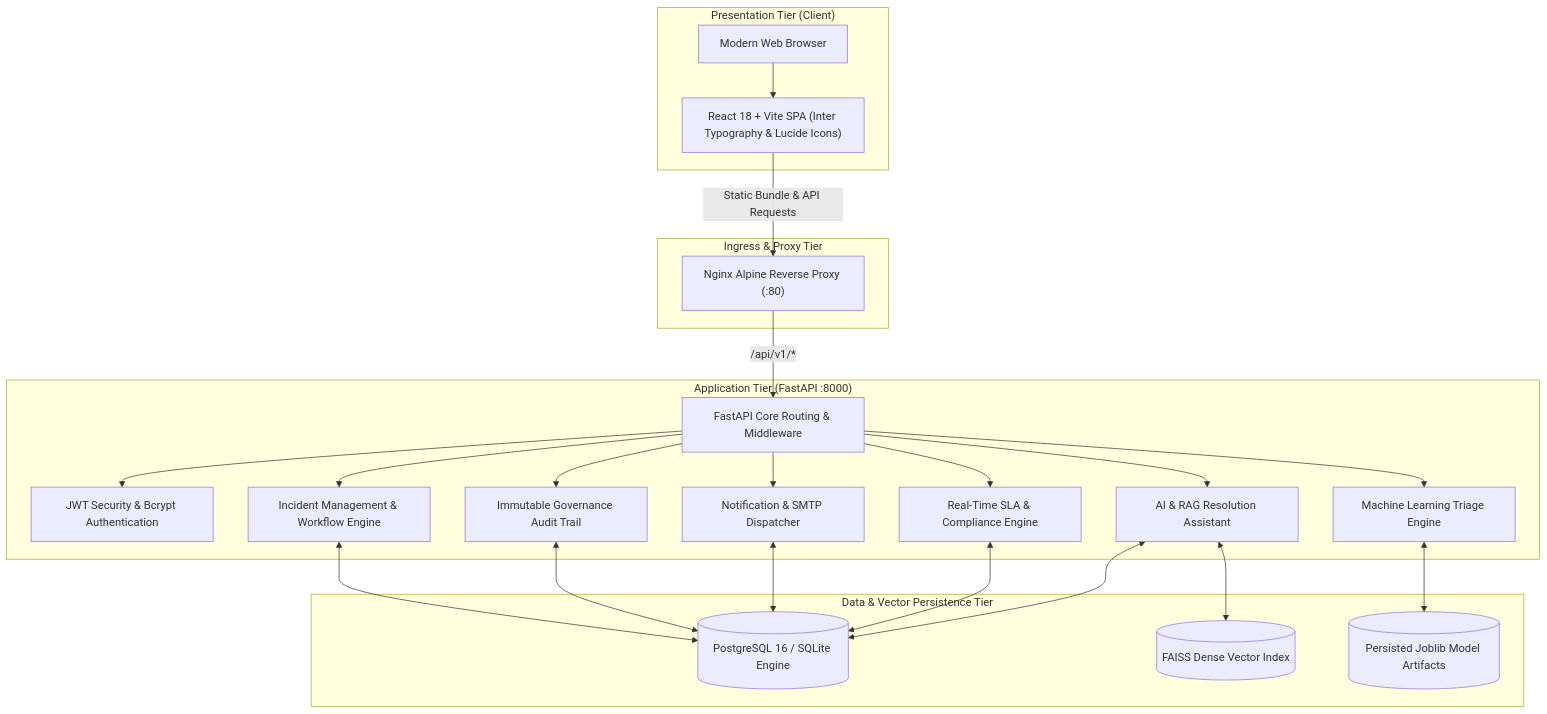
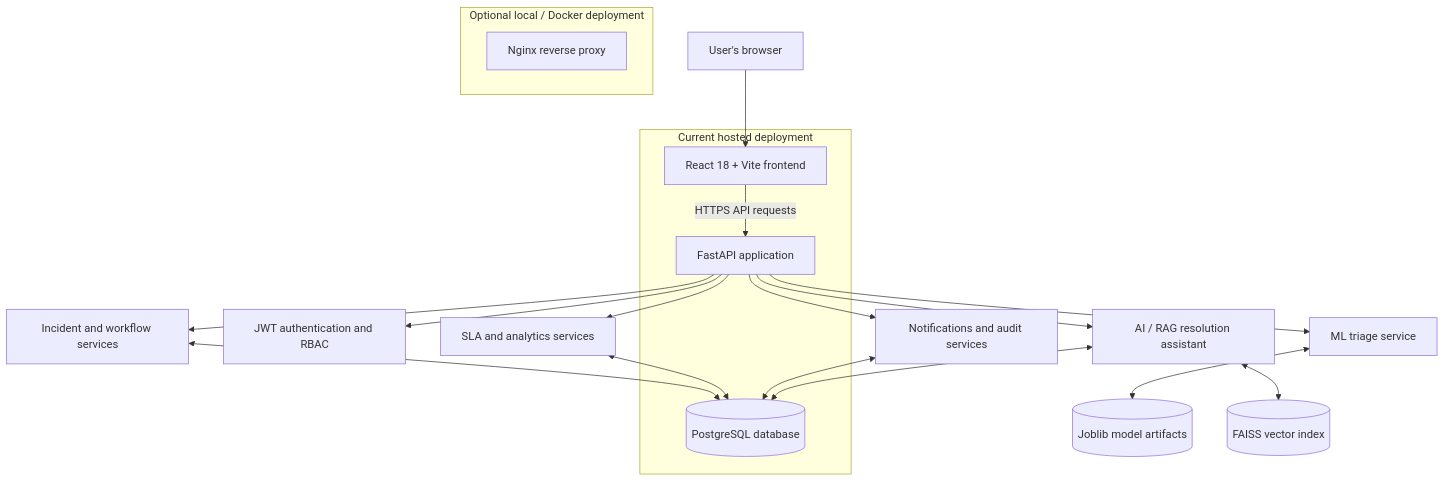
One commit to nileshkjha1/NEXUS-AI changed the second of 3 diagrams in README.md. Above: the diagram before and after it, drawn with Mermaid. The commit also changed other lines of this file, not shown here.

````diff
--- a/README.md
+++ b/README.md
@@ -56,48 +136,25 @@
 ```mermaid
-flowchart TD
-    subgraph PresentationTier["Presentation Tier (Client)"]
-        Browser["Modern Web Browser"]
-        SPA["React 18 + Vite SPA (Inter Typography & Lucide Icons)"]
-        Browser --> SPA
+flowchart TB
+    U["User's browser"] --> V["React 18 + Vite frontend"]
+    V -->|HTTPS API requests| F["FastAPI application"]
+    F --> AUTH["JWT authentication and RBAC"]
+    F --> INC["Incident and workflow services"]
+    F --> ML["ML triage service"]
+    F --> RAG["AI / RAG resolution assistant"]
+    F --> SLA["SLA and analytics services"]
+    F --> AUD["Notifications and audit services"]
+    INC <--> DB[("PostgreSQL database")]
+    SLA <--> DB
+    AUD <--> DB
+    ML <--> MODEL[("Joblib model artifacts")]
+    RAG <--> FAISS[("FAISS vector index")]
+    RAG <--> DB
+    subgraph Cloud["Current hosted deployment"]
+      V
+      F
+      DB
     end
-
-    subgraph IngressTier["Ingress & Proxy Tier"]
-        Nginx["Nginx Alpine Reverse Proxy (:80)"]
-        SPA -->|Static Bundle & API Requests| Nginx
+    subgraph Local["Optional local / Docker deployment"]
+      N["Nginx reverse proxy"]
     end
-
-    subgraph AppTier["Application Tier (FastAPI :8000)"]
-        Router["FastAPI Core Routing & Middleware"]
-        AuthModule["JWT Security & Bcrypt Authentication"]
-        TicketModule["Incident Management & Workflow Engine"]
-        MLModule["Machine Learning Triage Engine"]
-        RAGModule["AI & RAG Resolution Assistant"]
-        SLAModule["Real-Time SLA & Compliance Engine"]
-        NotifModule["Notification & SMTP Dispatcher"]
-        AuditModule["Immutable Governance Audit Trail"]
-
-        Router --> AuthModule
-        Router --> TicketModule
-        Router --> MLModule
-        Router --> RAGModule
-        Router --> SLAModule
-        Router --> NotifModule
-        Router --> AuditModule
-    end
-
-    Nginx -->|/api/v1/*| Router
-
-    subgraph DataTier["Data & Vector Persistence Tier"]
-        DB[("PostgreSQL 16 / SQLite Engine")]
-        VectorDB[("FAISS Dense Vector Index")]
-        MLModels[("Persisted Joblib Model Artifacts")]
-    end
-
-    TicketModule <--> DB
-    AuditModule <--> DB
-    NotifModule <--> DB
-    SLAModule <--> DB
-    MLModule <--> MLModels
-    RAGModule <--> VectorDB
-    RAGModule <--> DB
 ```
````
